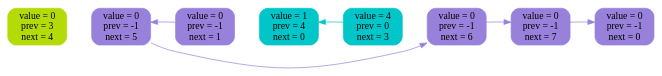
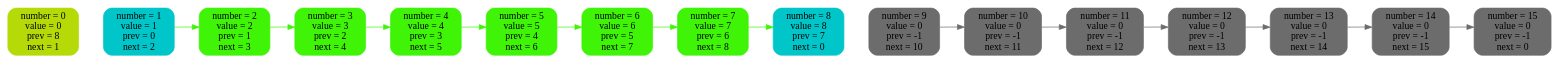
The diagram in list_log/img/9.dot (2210223t-lang/2-linked-list), drawn with Graphviz before and after one commit. The commit also changed 15 other files, not shown here.

```diff
--- a/list_log/img/9.dot
+++ b/list_log/img/9.dot
@@ -1,23 +1,47 @@
 digraph {
 rankdir = LR
-n0 [ label = "value = 0\nprev = 3\nnext = 4", shape = Mrecord, fontsize = 14,style = filled, color = "#b4da08" ]
-n1 [ label = "value = 0\nprev = -1\nnext = 5", shape = Mrecord, fontsize = 14,style = filled, color = "#9781db" ]
-n2 [ label = "value = 0\nprev = -1\nnext = 1", shape = Mrecord, fontsize = 14,style = filled, color = "#9781db" ]
-n3 [ label = "value = 1\nprev = 4\nnext = 0", shape = Mrecord, fontsize = 14,style = filled, color = "#00c6c9" ]
-n4 [ label = "value = 4\nprev = 0\nnext = 3", shape = Mrecord, fontsize = 14,style = filled, color = "#00c6c9" ]
-n5 [ label = "value = 0\nprev = -1\nnext = 6", shape = Mrecord, fontsize = 14,style = filled, color = "#9781db" ]
-n6 [ label = "value = 0\nprev = -1\nnext = 7", shape = Mrecord, fontsize = 14,style = filled, color = "#9781db" ]
-n7 [ label = "value = 0\nprev = -1\nnext = 0", shape = Mrecord, fontsize = 14,style = filled, color = "#9781db" ]
-n0 -> n1 [ style = invis, weight = 100 ]
-n1 -> n2 [ style = invis, weight = 100 ]
-n2 -> n3 [ style = invis, weight = 100 ]
-n3 -> n4 [ style = invis, weight = 100 ]
-n4 -> n5 [ style = invis, weight = 100 ]
-n5 -> n6 [ style = invis, weight = 100 ]
-n6 -> n7 [ style = invis, weight = 100 ]
-n1 -> n5 [style = filled, color = "#9781db" ]
-n2 -> n1 [style = filled, color = "#9781db" ]
-n4 -> n3 [style = filled, color = "#00c6c9" ]
-n5 -> n6 [style = filled, color = "#9781db" ]
-n6 -> n7 [style = filled, color = "#9781db" ]
+n0 [ label = "number = 0\nvalue = 0\nprev = 8\nnext = 1", shape = Mrecord, fontsize = 14,style = filled, color = "#b4da08" ]
+n1 [ label = "number = 1\nvalue = 1\nprev = 0\nnext = 2", shape = Mrecord, fontsize = 14,style = filled, color = "#00c6c9" ]
+n2 [ label = "number = 2\nvalue = 2\nprev = 1\nnext = 3", shape = Mrecord, fontsize = 14,style = filled, color = "#3ff407" ]
+n3 [ label = "number = 3\nvalue = 3\nprev = 2\nnext = 4", shape = Mrecord, fontsize = 14,style = filled, color = "#3ff407" ]
+n4 [ label = "number = 4\nvalue = 4\nprev = 3\nnext = 5", shape = Mrecord, fontsize = 14,style = filled, color = "#3ff407" ]
+n5 [ label = "number = 5\nvalue = 5\nprev = 4\nnext = 6", shape = Mrecord, fontsize = 14,style = filled, color = "#3ff407" ]
+n6 [ label = "number = 6\nvalue = 6\nprev = 5\nnext = 7", shape = Mrecord, fontsize = 14,style = filled, color = "#3ff407" ]
+n7 [ label = "number = 7\nvalue = 7\nprev = 6\nnext = 8", shape = Mrecord, fontsize = 14,style = filled, color = "#3ff407" ]
+n8 [ label = "number = 8\nvalue = 8\nprev = 7\nnext = 0", shape = Mrecord, fontsize = 14,style = filled, color = "#00c6c9" ]
+n9 [ label = "number = 9\nvalue = 0\nprev = -1\nnext = 10", shape = Mrecord, fontsize = 14,style = filled, color = "#6c6c6c" ]
+n10 [ label = "number = 10\nvalue = 0\nprev = -1\nnext = 11", shape = Mrecord, fontsize = 14,style = filled, color = "#6c6c6c" ]
+n11 [ label = "number = 11\nvalue = 0\nprev = -1\nnext = 12", shape = Mrecord, fontsize = 14,style = filled, color = "#6c6c6c" ]
+n12 [ label = "number = 12\nvalue = 0\nprev = -1\nnext = 13", shape = Mrecord, fontsize = 14,style = filled, color = "#6c6c6c" ]
+n13 [ label = "number = 13\nvalue = 0\nprev = -1\nnext = 14", shape = Mrecord, fontsize = 14,style = filled, color = "#6c6c6c" ]
+n14 [ label = "number = 14\nvalue = 0\nprev = -1\nnext = 15", shape = Mrecord, fontsize = 14,style = filled, color = "#6c6c6c" ]
+n15 [ label = "number = 15\nvalue = 0\nprev = -1\nnext = 0", shape = Mrecord, fontsize = 14,style = filled, color = "#6c6c6c" ]
+n0 -> n1 [ style = invis, weight = 10000 ]
+n1 -> n2 [ style = invis, weight = 10000 ]
+n2 -> n3 [ style = invis, weight = 10000 ]
+n3 -> n4 [ style = invis, weight = 10000 ]
+n4 -> n5 [ style = invis, weight = 10000 ]
+n5 -> n6 [ style = invis, weight = 10000 ]
+n6 -> n7 [ style = invis, weight = 10000 ]
+n7 -> n8 [ style = invis, weight = 10000 ]
+n8 -> n9 [ style = invis, weight = 10000 ]
+n9 -> n10 [ style = invis, weight = 10000 ]
+n10 -> n11 [ style = invis, weight = 10000 ]
+n11 -> n12 [ style = invis, weight = 10000 ]
+n12 -> n13 [ style = invis, weight = 10000 ]
+n13 -> n14 [ style = invis, weight = 10000 ]
+n14 -> n15 [ style = invis, weight = 10000 ]
+n1 -> n2 [ color = "#3ff407" ]
+n2 -> n3 [ color = "#3ff407" ]
+n3 -> n4 [ color = "#3ff407" ]
+n4 -> n5 [ color = "#3ff407" ]
+n5 -> n6 [ color = "#3ff407" ]
+n6 -> n7 [ color = "#3ff407" ]
+n7 -> n8 [ color = "#3ff407" ]
+n9 -> n10 [ color = "#6c6c6c" ]
+n10 -> n11 [ color = "#6c6c6c" ]
+n11 -> n12 [ color = "#6c6c6c" ]
+n12 -> n13 [ color = "#6c6c6c" ]
+n13 -> n14 [ color = "#6c6c6c" ]
+n14 -> n15 [ color = "#6c6c6c" ]
 }
```
